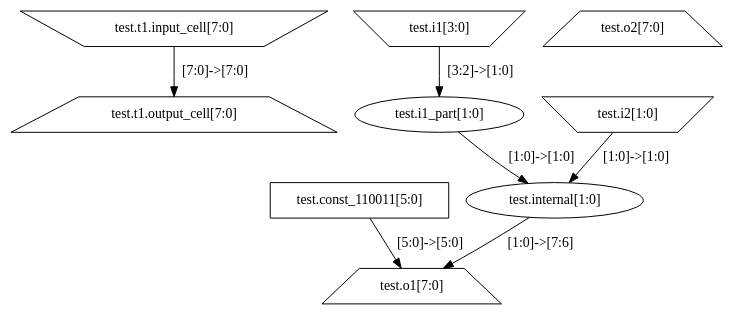
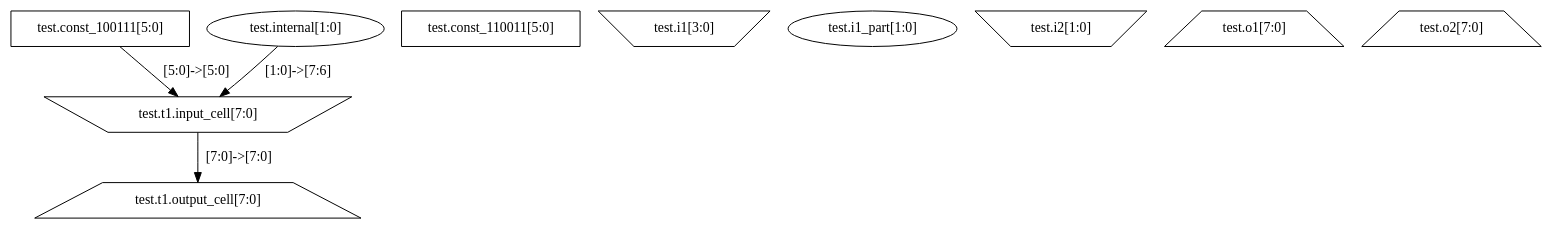
One commit to mit-ll/nemo changed the diagram in graphs/test.dot. Above: the diagram before and after it, drawn with Graphviz. The commit also changed 5 other files, not shown here.

```diff
--- a/graphs/test.dot
+++ b/graphs/test.dot
@@ -1,17 +1,15 @@
 digraph G {
+	"test.t1.input_cell" [shape=invtrapezium, label="test.t1.input_cell[7:0]"]; /* Input */
+	"test.const_100111" -> "test.t1.input_cell"[label="[5:0]->[5:0]"];
+	"test.internal" -> "test.t1.input_cell"[label="[1:0]->[7:6]"];
 	"test.t1.output_cell" [shape=trapezium, label="test.t1.output_cell[7:0]"]; /* Output */
-	"test.t1.input_cell" [shape=invtrapezium, label="test.t1.input_cell[7:0]"]; /* Input */
 	"test.t1.input_cell" -> "test.t1.output_cell"[label="[7:0]->[7:0]"];
+	"test.const_110011" [shape=rectangle, label="test.const_110011[5:0]"]; /* Constant */
+	"test.const_100111" [shape=rectangle, label="test.const_100111[5:0]"]; /* Constant */
+	"test.i1" [shape=invtrapezium, label="test.i1[3:0]"]; /* Input */
+	"test.i1_part" [shape=ellipse, label="test.i1_part[1:0]"];
+	"test.i2" [shape=invtrapezium, label="test.i2[1:0]"]; /* Input */
+	"test.internal" [shape=ellipse, label="test.internal[1:0]"];
 	"test.o1" [shape=trapezium, label="test.o1[7:0]"]; /* Output */
-	"test.const_110011" [shape=rectangle, label="test.const_110011[5:0]"]; /* Constant */
-	"test.const_110011" -> "test.o1"[label="[5:0]->[5:0]"];
-	"test.internal" [shape=ellipse, label="test.internal[1:0]"];
-	"test.internal" -> "test.o1"[label="[1:0]->[7:6]"];
-	"test.i1_part" [shape=ellipse, label="test.i1_part[1:0]"];
-	"test.i1_part" -> "test.internal"[label="[1:0]->[1:0]"];
-	"test.i2" [shape=invtrapezium, label="test.i2[1:0]"]; /* Input */
-	"test.i2" -> "test.internal"[label="[1:0]->[1:0]"];
-	"test.i1" [shape=invtrapezium, label="test.i1[3:0]"]; /* Input */
-	"test.i1" -> "test.i1_part"[label="[3:2]->[1:0]"];
 	"test.o2" [shape=trapezium, label="test.o2[7:0]"]; /* Output */
 }
```
